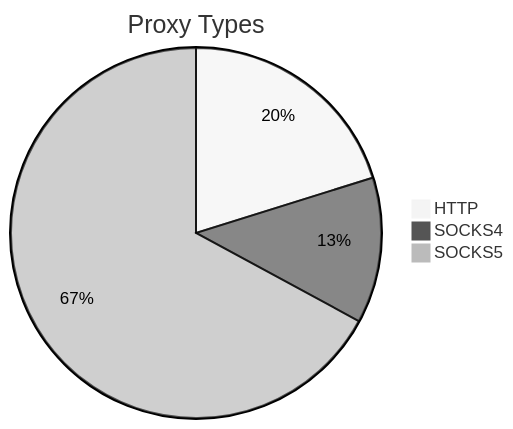
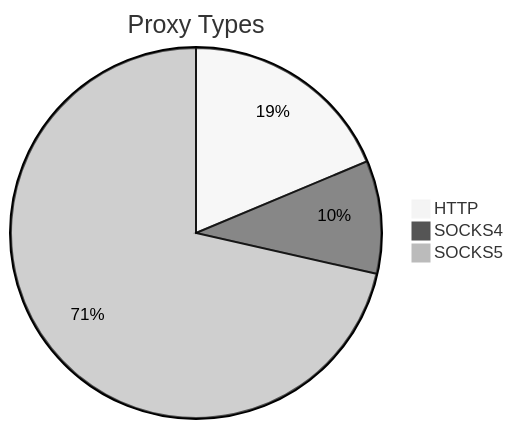
The first of 2 diagrams in README.md (stormsia/proxy-list), drawn with Mermaid (neutral theme) before and after one commit. The commit also changed other lines of this file, not shown here.

````diff
--- a/README.md
+++ b/README.md
@@ -21,6 +21,6 @@
 ```mermaid
 pie title Proxy Types
-    "HTTP" : 138
-    "SOCKS4" : 87
-    "SOCKS5" : 459
+    "HTTP" : 91
+    "SOCKS4" : 48
+    "SOCKS5" : 348
 ```
````
